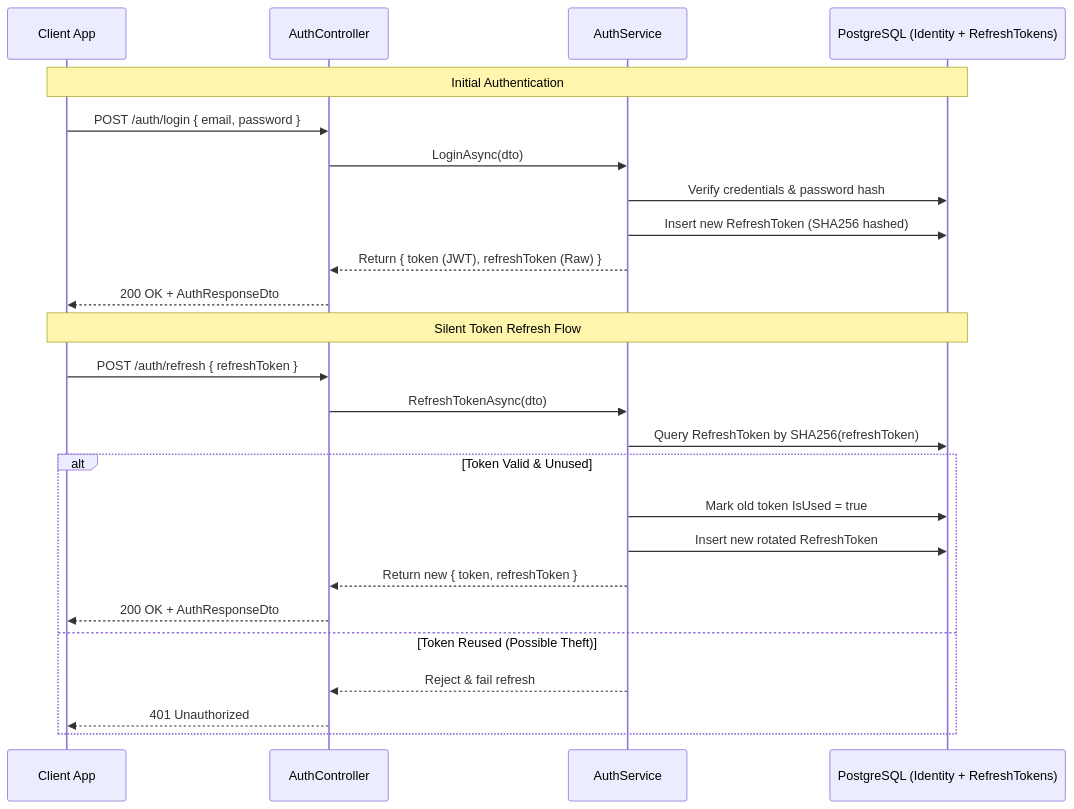
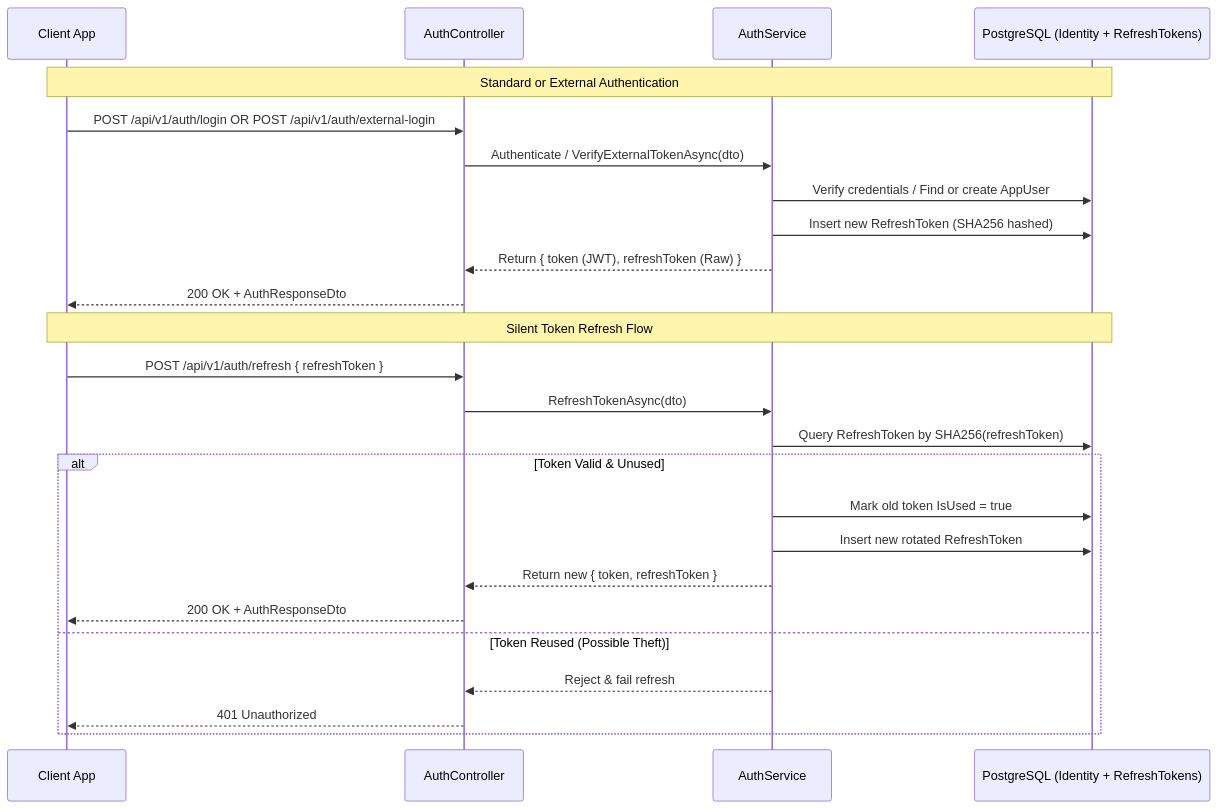
Before and after one commit to Clark605/ProjectHub: the third of 3 diagrams in docs/backend-architecture.md, drawn with Mermaid. The commit also changed other lines of this file and 10 other files, not shown here.

First line of the commit message:
docs: record ADRs 0010-0014 and update architecture specs for Phase 4.5

````diff
--- a/docs/backend-architecture.md
+++ b/docs/backend-architecture.md
@@ -82,29 +89,29 @@
 ```mermaid
 sequenceDiagram
     participant User as Client App
     participant API as AuthController
     participant Service as AuthService
     participant DB as PostgreSQL (Identity + RefreshTokens)
 
-    Note over User,DB: Initial Authentication
-    User->>API: POST /auth/login { email, password }
-    API->>Service: LoginAsync(dto)
-    Service->>DB: Verify credentials & password hash
+    Note over User,DB: Standard or External Authentication
+    User->>API: POST /api/v1/auth/login OR POST /api/v1/auth/external-login
+    API->>Service: Authenticate / VerifyExternalTokenAsync(dto)
+    Service->>DB: Verify credentials / Find or create AppUser
     Service->>DB: Insert new RefreshToken (SHA256 hashed)
     Service-->>API: Return { token (JWT), refreshToken (Raw) }
     API-->>User: 200 OK + AuthResponseDto
 
     Note over User,DB: Silent Token Refresh Flow
-    User->>API: POST /auth/refresh { refreshToken }
+    User->>API: POST /api/v1/auth/refresh { refreshToken }
     API->>Service: RefreshTokenAsync(dto)
     Service->>DB: Query RefreshToken by SHA256(refreshToken)
     alt Token Valid & Unused
         Service->>DB: Mark old token IsUsed = true
         Service->>DB: Insert new rotated RefreshToken
         Service-->>API: Return new { token, refreshToken }
         API-->>User: 200 OK + AuthResponseDto
     else Token Reused (Possible Theft)
         Service-->>API: Reject & fail refresh
         API-->>User: 401 Unauthorized
     end
 ```
````
